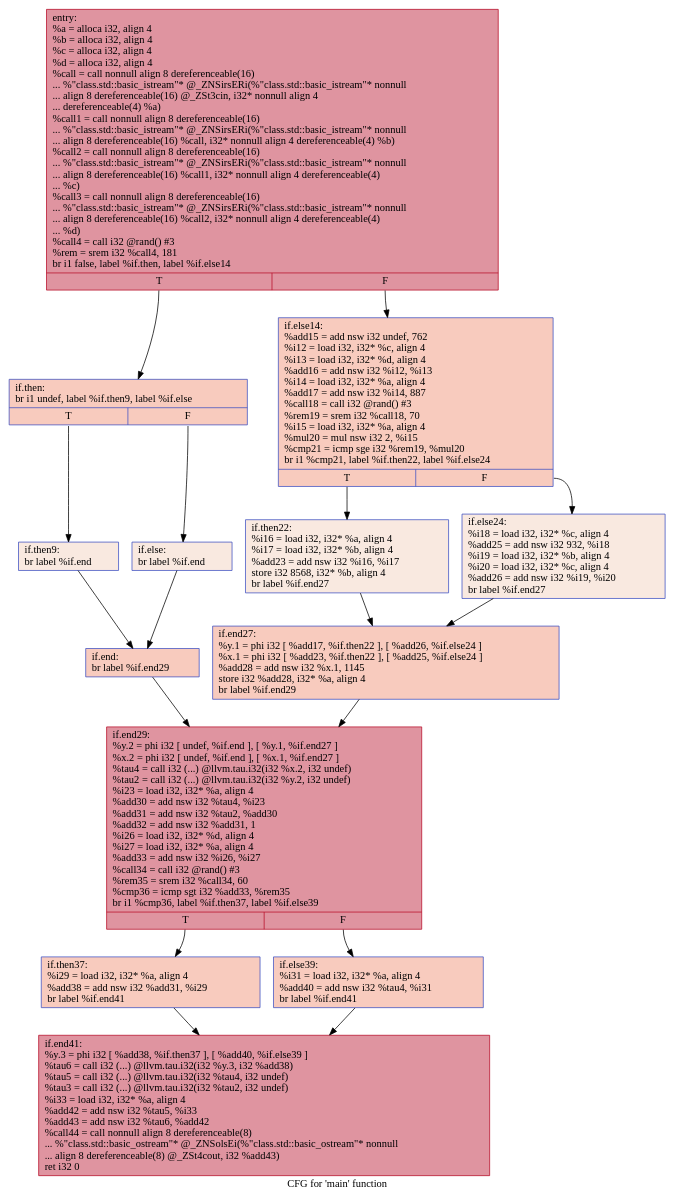
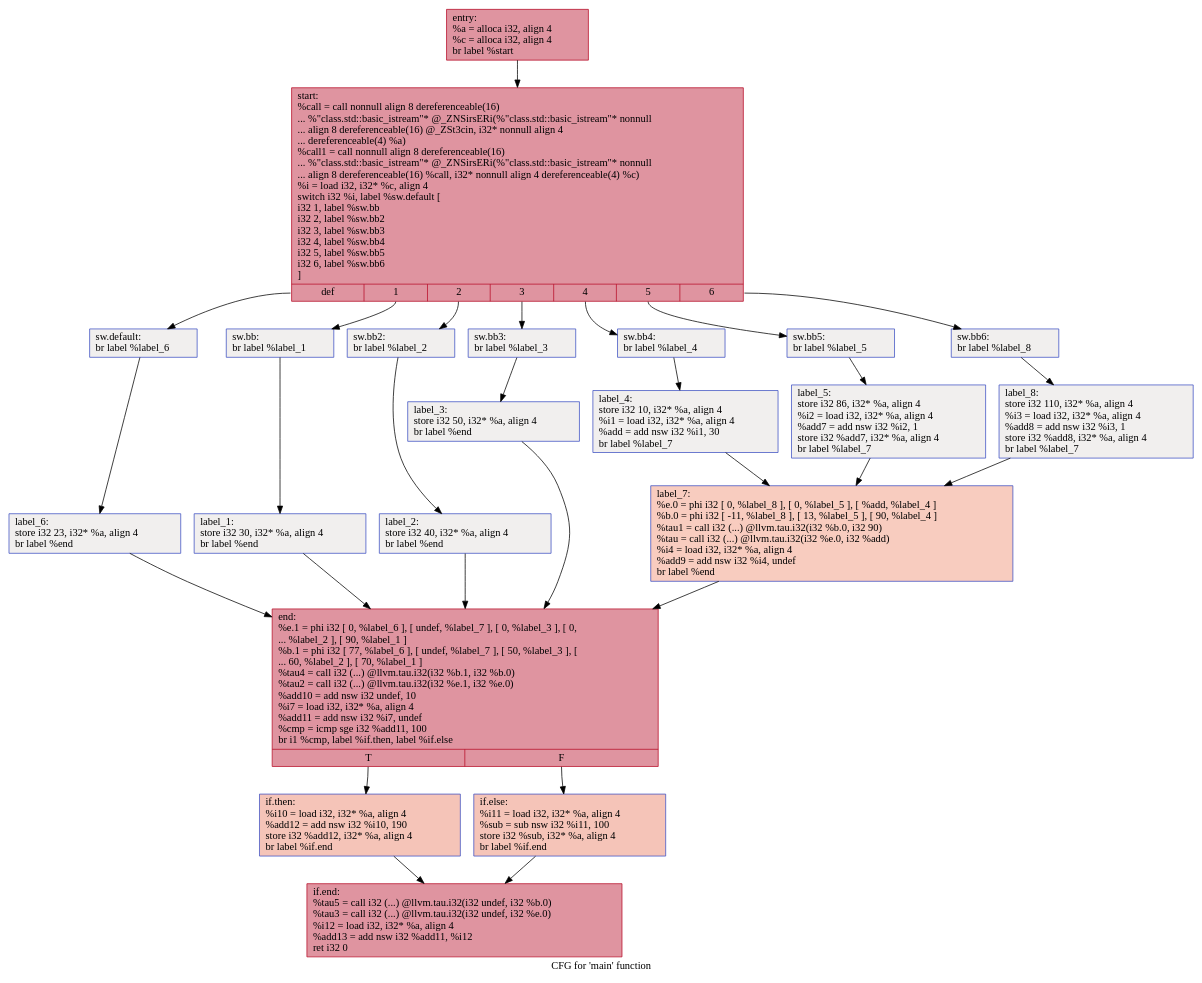
Before and after one commit to HPSSA-LLVM/HPSSA-LLVM: the diagram in IR/cfg/afterHPSSA.dot, drawn with Graphviz. The commit also changed 13 other files, not shown here.

```diff
--- a/IR/cfg/afterHPSSA.dot
+++ b/IR/cfg/afterHPSSA.dot
@@ -1,33 +1,52 @@
 digraph "CFG for 'main' function" {
 	label="CFG for 'main' function";
 
-	Node0x55c7c6ecd980 [shape=record,color="#b70d28ff", style=filled, fillcolor="#b70d2870",label="{entry:\l  %a = alloca i32, align 4\l  %b = alloca i32, align 4\l  %c = alloca i32, align 4\l  %d = alloca i32, align 4\l  %call = call nonnull align 8 dereferenceable(16)\l... %\"class.std::basic_istream\"* @_ZNSirsERi(%\"class.std::basic_istream\"* nonnull\l... align 8 dereferenceable(16) @_ZSt3cin, i32* nonnull align 4\l... dereferenceable(4) %a)\l  %call1 = call nonnull align 8 dereferenceable(16)\l... %\"class.std::basic_istream\"* @_ZNSirsERi(%\"class.std::basic_istream\"* nonnull\l... align 8 dereferenceable(16) %call, i32* nonnull align 4 dereferenceable(4) %b)\l  %call2 = call nonnull align 8 dereferenceable(16)\l... %\"class.std::basic_istream\"* @_ZNSirsERi(%\"class.std::basic_istream\"* nonnull\l... align 8 dereferenceable(16) %call1, i32* nonnull align 4 dereferenceable(4)\l... %c)\l  %call3 = call nonnull align 8 dereferenceable(16)\l... %\"class.std::basic_istream\"* @_ZNSirsERi(%\"class.std::basic_istream\"* nonnull\l... align 8 dereferenceable(16) %call2, i32* nonnull align 4 dereferenceable(4)\l... %d)\l  %call4 = call i32 @rand() #3\l  %rem = srem i32 %call4, 181\l  br i1 false, label %if.then, label %if.else14\l|{<s0>T|<s1>F}}"];
-	Node0x55c7c6ecd980:s0 -> Node0x55c7c6ece5b0;
-	Node0x55c7c6ecd980:s1 -> Node0x55c7c6ece680;
-	Node0x55c7c6ece5b0 [shape=record,color="#3d50c3ff", style=filled, fillcolor="#ef886b70",label="{if.then:                                          \l  br i1 undef, label %if.then9, label %if.else\l|{<s0>T|<s1>F}}"];
-	Node0x55c7c6ece5b0:s0 -> Node0x55c7c6ecede0;
-	Node0x55c7c6ece5b0:s1 -> Node0x55c7c6ecee60;
-	Node0x55c7c6ecede0 [shape=record,color="#3d50c3ff", style=filled, fillcolor="#f1ccb870",label="{if.then9:                                         \l  br label %if.end\l}"];
-	Node0x55c7c6ecede0 -> Node0x55c7c6ecefe0;
-	Node0x55c7c6ecee60 [shape=record,color="#3d50c3ff", style=filled, fillcolor="#f1ccb870",label="{if.else:                                          \l  br label %if.end\l}"];
-	Node0x55c7c6ecee60 -> Node0x55c7c6ecefe0;
-	Node0x55c7c6ecefe0 [shape=record,color="#3d50c3ff", style=filled, fillcolor="#ef886b70",label="{if.end:                                           \l  br label %if.end29\l}"];
-	Node0x55c7c6ecefe0 -> Node0x55c7c6ecf130;
-	Node0x55c7c6ece680 [shape=record,color="#3d50c3ff", style=filled, fillcolor="#ef886b70",label="{if.else14:                                        \l  %add15 = add nsw i32 undef, 762\l  %i12 = load i32, i32* %c, align 4\l  %i13 = load i32, i32* %d, align 4\l  %add16 = add nsw i32 %i12, %i13\l  %i14 = load i32, i32* %a, align 4\l  %add17 = add nsw i32 %i14, 887\l  %call18 = call i32 @rand() #3\l  %rem19 = srem i32 %call18, 70\l  %i15 = load i32, i32* %a, align 4\l  %mul20 = mul nsw i32 2, %i15\l  %cmp21 = icmp sge i32 %rem19, %mul20\l  br i1 %cmp21, label %if.then22, label %if.else24\l|{<s0>T|<s1>F}}"];
-	Node0x55c7c6ece680:s0 -> Node0x55c7c6ecfd90;
-	Node0x55c7c6ece680:s1 -> Node0x55c7c6ecfe10;
-	Node0x55c7c6ecfd90 [shape=record,color="#3d50c3ff", style=filled, fillcolor="#f1ccb870",label="{if.then22:                                        \l  %i16 = load i32, i32* %a, align 4\l  %i17 = load i32, i32* %b, align 4\l  %add23 = add nsw i32 %i16, %i17\l  store i32 8568, i32* %b, align 4\l  br label %if.end27\l}"];
-	Node0x55c7c6ecfd90 -> Node0x55c7c6ed01d0;
-	Node0x55c7c6ecfe10 [shape=record,color="#3d50c3ff", style=filled, fillcolor="#f1ccb870",label="{if.else24:                                        \l  %i18 = load i32, i32* %c, align 4\l  %add25 = add nsw i32 932, %i18\l  %i19 = load i32, i32* %b, align 4\l  %i20 = load i32, i32* %c, align 4\l  %add26 = add nsw i32 %i19, %i20\l  br label %if.end27\l}"];
-	Node0x55c7c6ecfe10 -> Node0x55c7c6ed01d0;
-	Node0x55c7c6ed01d0 [shape=record,color="#3d50c3ff", style=filled, fillcolor="#ef886b70",label="{if.end27:                                         \l  %y.1 = phi i32 [ %add17, %if.then22 ], [ %add26, %if.else24 ]\l  %x.1 = phi i32 [ %add23, %if.then22 ], [ %add25, %if.else24 ]\l  %add28 = add nsw i32 %x.1, 1145\l  store i32 %add28, i32* %a, align 4\l  br label %if.end29\l}"];
-	Node0x55c7c6ed01d0 -> Node0x55c7c6ecf130;
-	Node0x55c7c6ecf130 [shape=record,color="#b70d28ff", style=filled, fillcolor="#b70d2870",label="{if.end29:                                         \l  %y.2 = phi i32 [ undef, %if.end ], [ %y.1, %if.end27 ]\l  %x.2 = phi i32 [ undef, %if.end ], [ %x.1, %if.end27 ]\l  %tau4 = call i32 (...) @llvm.tau.i32(i32 %x.2, i32 undef)\l  %tau2 = call i32 (...) @llvm.tau.i32(i32 %y.2, i32 undef)\l  %i23 = load i32, i32* %a, align 4\l  %add30 = add nsw i32 %tau4, %i23\l  %add31 = add nsw i32 %tau2, %add30\l  %add32 = add nsw i32 %add31, 1\l  %i26 = load i32, i32* %d, align 4\l  %i27 = load i32, i32* %a, align 4\l  %add33 = add nsw i32 %i26, %i27\l  %call34 = call i32 @rand() #3\l  %rem35 = srem i32 %call34, 60\l  %cmp36 = icmp sgt i32 %add33, %rem35\l  br i1 %cmp36, label %if.then37, label %if.else39\l|{<s0>T|<s1>F}}"];
-	Node0x55c7c6ecf130:s0 -> Node0x55c7c6ed2330;
-	Node0x55c7c6ecf130:s1 -> Node0x55c7c6ed2410;
-	Node0x55c7c6ed2330 [shape=record,color="#3d50c3ff", style=filled, fillcolor="#ef886b70",label="{if.then37:                                        \l  %i29 = load i32, i32* %a, align 4\l  %add38 = add nsw i32 %add31, %i29\l  br label %if.end41\l}"];
-	Node0x55c7c6ed2330 -> Node0x55c7c6ed26e0;
-	Node0x55c7c6ed2410 [shape=record,color="#3d50c3ff", style=filled, fillcolor="#ef886b70",label="{if.else39:                                        \l  %i31 = load i32, i32* %a, align 4\l  %add40 = add nsw i32 %tau4, %i31\l  br label %if.end41\l}"];
-	Node0x55c7c6ed2410 -> Node0x55c7c6ed26e0;
-	Node0x55c7c6ed26e0 [shape=record,color="#b70d28ff", style=filled, fillcolor="#b70d2870",label="{if.end41:                                         \l  %y.3 = phi i32 [ %add38, %if.then37 ], [ %add40, %if.else39 ]\l  %tau6 = call i32 (...) @llvm.tau.i32(i32 %y.3, i32 %add38)\l  %tau5 = call i32 (...) @llvm.tau.i32(i32 %tau4, i32 undef)\l  %tau3 = call i32 (...) @llvm.tau.i32(i32 %tau2, i32 undef)\l  %i33 = load i32, i32* %a, align 4\l  %add42 = add nsw i32 %tau5, %i33\l  %add43 = add nsw i32 %tau6, %add42\l  %call44 = call nonnull align 8 dereferenceable(8)\l... %\"class.std::basic_ostream\"* @_ZNSolsEi(%\"class.std::basic_ostream\"* nonnull\l... align 8 dereferenceable(8) @_ZSt4cout, i32 %add43)\l  ret i32 0\l}"];
+	Node0x55ee03b356d0 [shape=record,color="#b70d28ff", style=filled, fillcolor="#b70d2870",label="{entry:\l  %a = alloca i32, align 4\l  %c = alloca i32, align 4\l  br label %start\l}"];
+	Node0x55ee03b356d0 -> Node0x55ee03b35920;
+	Node0x55ee03b35920 [shape=record,color="#b70d28ff", style=filled, fillcolor="#b70d2870",label="{start:                                            \l  %call = call nonnull align 8 dereferenceable(16)\l... %\"class.std::basic_istream\"* @_ZNSirsERi(%\"class.std::basic_istream\"* nonnull\l... align 8 dereferenceable(16) @_ZSt3cin, i32* nonnull align 4\l... dereferenceable(4) %a)\l  %call1 = call nonnull align 8 dereferenceable(16)\l... %\"class.std::basic_istream\"* @_ZNSirsERi(%\"class.std::basic_istream\"* nonnull\l... align 8 dereferenceable(16) %call, i32* nonnull align 4 dereferenceable(4) %c)\l  %i = load i32, i32* %c, align 4\l  switch i32 %i, label %sw.default [\l    i32 1, label %sw.bb\l    i32 2, label %sw.bb2\l    i32 3, label %sw.bb3\l    i32 4, label %sw.bb4\l    i32 5, label %sw.bb5\l    i32 6, label %sw.bb6\l  ]\l|{<s0>def|<s1>1|<s2>2|<s3>3|<s4>4|<s5>5|<s6>6}}"];
+	Node0x55ee03b35920:s0 -> Node0x55ee03b35db0;
+	Node0x55ee03b35920:s1 -> Node0x55ee03b35e90;
+	Node0x55ee03b35920:s2 -> Node0x55ee03b35f90;
+	Node0x55ee03b35920:s3 -> Node0x55ee03b36090;
+	Node0x55ee03b35920:s4 -> Node0x55ee03b36190;
+	Node0x55ee03b35920:s5 -> Node0x55ee03b36290;
+	Node0x55ee03b35920:s6 -> Node0x55ee03b36530;
+	Node0x55ee03b35e90 [shape=record,color="#3d50c3ff", style=filled, fillcolor="#e0dbd870",label="{sw.bb:                                            \l  br label %label_1\l}"];
+	Node0x55ee03b35e90 -> Node0x55ee03b36820;
+	Node0x55ee03b35f90 [shape=record,color="#3d50c3ff", style=filled, fillcolor="#e0dbd870",label="{sw.bb2:                                           \l  br label %label_2\l}"];
+	Node0x55ee03b35f90 -> Node0x55ee03b36900;
+	Node0x55ee03b36090 [shape=record,color="#3d50c3ff", style=filled, fillcolor="#e0dbd870",label="{sw.bb3:                                           \l  br label %label_3\l}"];
+	Node0x55ee03b36090 -> Node0x55ee03b369e0;
+	Node0x55ee03b36190 [shape=record,color="#3d50c3ff", style=filled, fillcolor="#e0dbd870",label="{sw.bb4:                                           \l  br label %label_4\l}"];
+	Node0x55ee03b36190 -> Node0x55ee03b36ac0;
+	Node0x55ee03b36290 [shape=record,color="#3d50c3ff", style=filled, fillcolor="#e0dbd870",label="{sw.bb5:                                           \l  br label %label_5\l}"];
+	Node0x55ee03b36290 -> Node0x55ee03b36ba0;
+	Node0x55ee03b36530 [shape=record,color="#3d50c3ff", style=filled, fillcolor="#e0dbd870",label="{sw.bb6:                                           \l  br label %label_8\l}"];
+	Node0x55ee03b36530 -> Node0x55ee03b36c80;
+	Node0x55ee03b35db0 [shape=record,color="#3d50c3ff", style=filled, fillcolor="#e0dbd870",label="{sw.default:                                       \l  br label %label_6\l}"];
+	Node0x55ee03b35db0 -> Node0x55ee03b36d60;
+	Node0x55ee03b36820 [shape=record,color="#3d50c3ff", style=filled, fillcolor="#e0dbd870",label="{label_1:                                          \l  store i32 30, i32* %a, align 4\l  br label %end\l}"];
+	Node0x55ee03b36820 -> Node0x55ee03b36f00;
+	Node0x55ee03b36900 [shape=record,color="#3d50c3ff", style=filled, fillcolor="#e0dbd870",label="{label_2:                                          \l  store i32 40, i32* %a, align 4\l  br label %end\l}"];
+	Node0x55ee03b36900 -> Node0x55ee03b36f00;
+	Node0x55ee03b369e0 [shape=record,color="#3d50c3ff", style=filled, fillcolor="#e0dbd870",label="{label_3:                                          \l  store i32 50, i32* %a, align 4\l  br label %end\l}"];
+	Node0x55ee03b369e0 -> Node0x55ee03b36f00;
+	Node0x55ee03b36ac0 [shape=record,color="#3d50c3ff", style=filled, fillcolor="#e0dbd870",label="{label_4:                                          \l  store i32 10, i32* %a, align 4\l  %i1 = load i32, i32* %a, align 4\l  %add = add nsw i32 %i1, 30\l  br label %label_7\l}"];
+	Node0x55ee03b36ac0 -> Node0x55ee03b37440;
+	Node0x55ee03b36ba0 [shape=record,color="#3d50c3ff", style=filled, fillcolor="#e0dbd870",label="{label_5:                                          \l  store i32 86, i32* %a, align 4\l  %i2 = load i32, i32* %a, align 4\l  %add7 = add nsw i32 %i2, 1\l  store i32 %add7, i32* %a, align 4\l  br label %label_7\l}"];
+	Node0x55ee03b36ba0 -> Node0x55ee03b37440;
+	Node0x55ee03b36c80 [shape=record,color="#3d50c3ff", style=filled, fillcolor="#e0dbd870",label="{label_8:                                          \l  store i32 110, i32* %a, align 4\l  %i3 = load i32, i32* %a, align 4\l  %add8 = add nsw i32 %i3, 1\l  store i32 %add8, i32* %a, align 4\l  br label %label_7\l}"];
+	Node0x55ee03b36c80 -> Node0x55ee03b37440;
+	Node0x55ee03b37440 [shape=record,color="#3d50c3ff", style=filled, fillcolor="#f08b6e70",label="{label_7:                                          \l  %e.0 = phi i32 [ 0, %label_8 ], [ 0, %label_5 ], [ %add, %label_4 ]\l  %b.0 = phi i32 [ -11, %label_8 ], [ 13, %label_5 ], [ 90, %label_4 ]\l  %tau1 = call i32 (...) @llvm.tau.i32(i32 %b.0, i32 90)\l  %tau = call i32 (...) @llvm.tau.i32(i32 %e.0, i32 %add)\l  %i4 = load i32, i32* %a, align 4\l  %add9 = add nsw i32 %i4, undef\l  br label %end\l}"];
+	Node0x55ee03b37440 -> Node0x55ee03b36f00;
+	Node0x55ee03b36d60 [shape=record,color="#3d50c3ff", style=filled, fillcolor="#e0dbd870",label="{label_6:                                          \l  store i32 23, i32* %a, align 4\l  br label %end\l}"];
+	Node0x55ee03b36d60 -> Node0x55ee03b36f00;
+	Node0x55ee03b36f00 [shape=record,color="#b70d28ff", style=filled, fillcolor="#b70d2870",label="{end:                                              \l  %e.1 = phi i32 [ 0, %label_6 ], [ undef, %label_7 ], [ 0, %label_3 ], [ 0,\l... %label_2 ], [ 90, %label_1 ]\l  %b.1 = phi i32 [ 77, %label_6 ], [ undef, %label_7 ], [ 50, %label_3 ], [\l... 60, %label_2 ], [ 70, %label_1 ]\l  %tau4 = call i32 (...) @llvm.tau.i32(i32 %b.1, i32 %b.0)\l  %tau2 = call i32 (...) @llvm.tau.i32(i32 %e.1, i32 %e.0)\l  %add10 = add nsw i32 undef, 10\l  %i7 = load i32, i32* %a, align 4\l  %add11 = add nsw i32 %i7, undef\l  %cmp = icmp sge i32 %add11, 100\l  br i1 %cmp, label %if.then, label %if.else\l|{<s0>T|<s1>F}}"];
+	Node0x55ee03b36f00:s0 -> Node0x55ee03b39b30;
+	Node0x55ee03b36f00:s1 -> Node0x55ee03b39ba0;
+	Node0x55ee03b39b30 [shape=record,color="#3d50c3ff", style=filled, fillcolor="#e97a5f70",label="{if.then:                                          \l  %i10 = load i32, i32* %a, align 4\l  %add12 = add nsw i32 %i10, 190\l  store i32 %add12, i32* %a, align 4\l  br label %if.end\l}"];
+	Node0x55ee03b39b30 -> Node0x55ee03b39ec0;
+	Node0x55ee03b39ba0 [shape=record,color="#3d50c3ff", style=filled, fillcolor="#e97a5f70",label="{if.else:                                          \l  %i11 = load i32, i32* %a, align 4\l  %sub = sub nsw i32 %i11, 100\l  store i32 %sub, i32* %a, align 4\l  br label %if.end\l}"];
+	Node0x55ee03b39ba0 -> Node0x55ee03b39ec0;
+	Node0x55ee03b39ec0 [shape=record,color="#b70d28ff", style=filled, fillcolor="#b70d2870",label="{if.end:                                           \l  %tau5 = call i32 (...) @llvm.tau.i32(i32 undef, i32 %b.0)\l  %tau3 = call i32 (...) @llvm.tau.i32(i32 undef, i32 %e.0)\l  %i12 = load i32, i32* %a, align 4\l  %add13 = add nsw i32 %add11, %i12\l  ret i32 0\l}"];
 }
```
